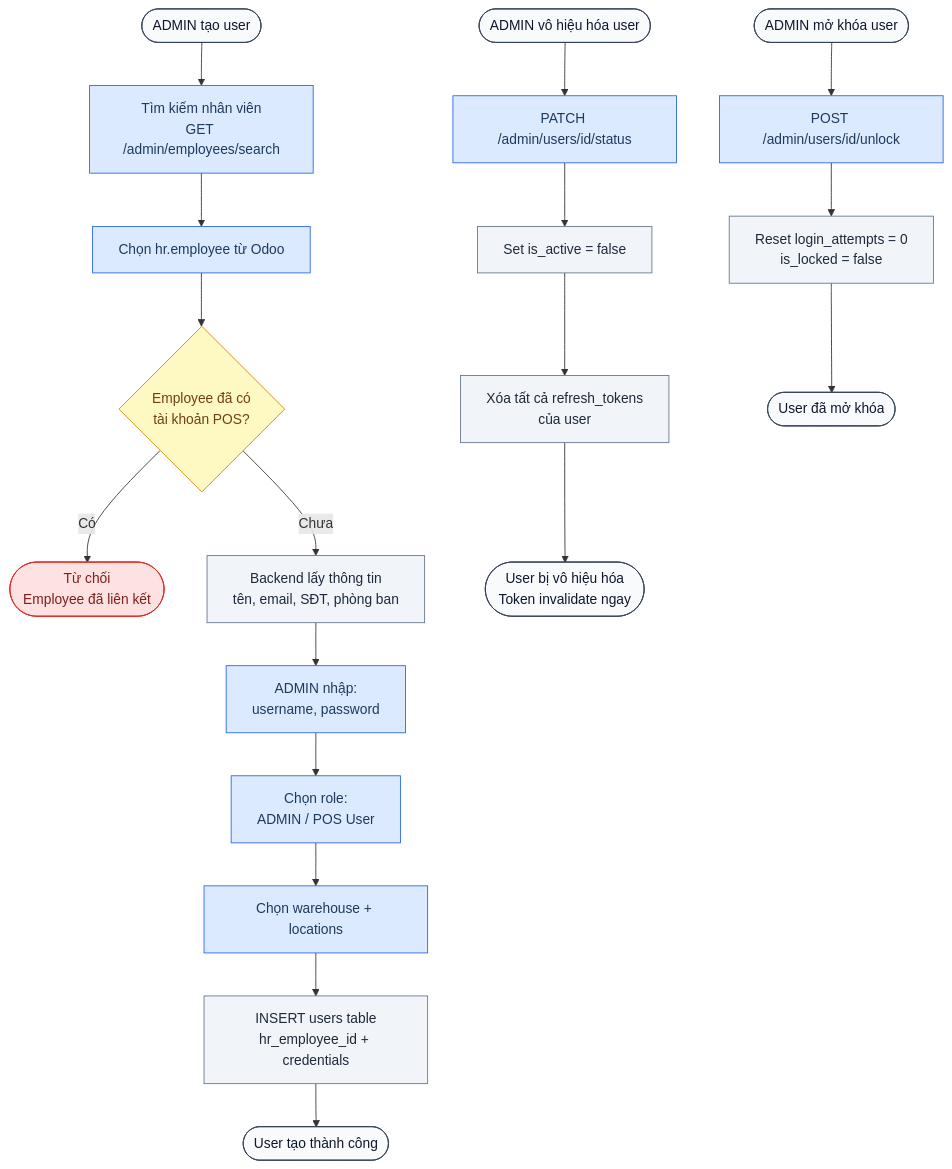
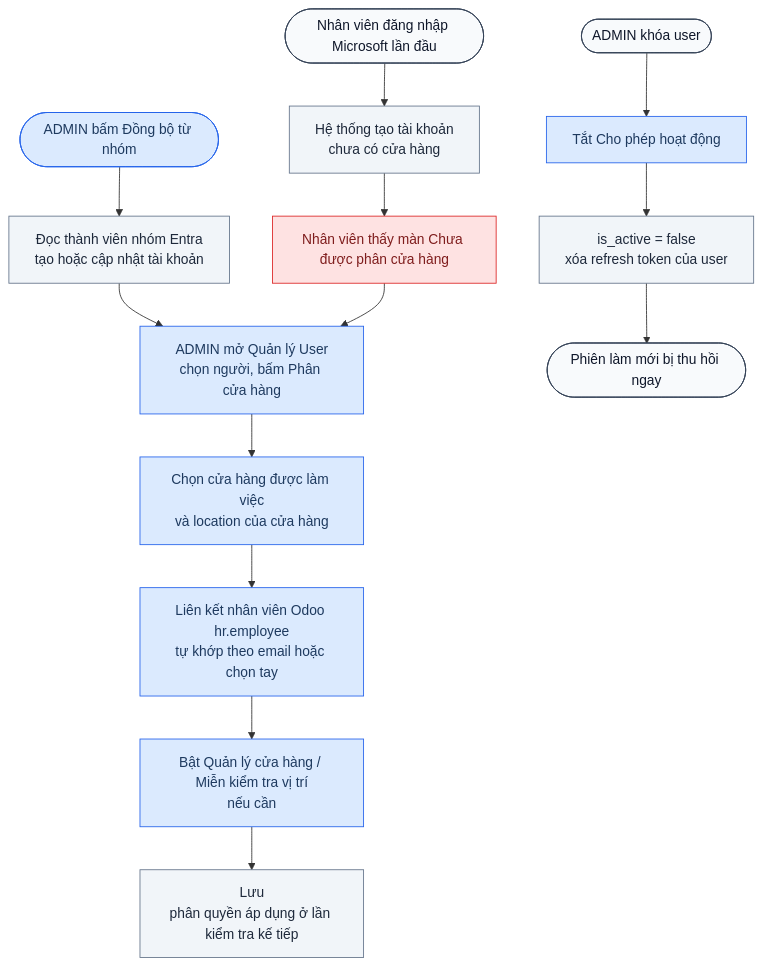
Before and after one commit to ngohuuduc/VJ_mobile_POS: diagram 12 of 20 in process_flow.md, drawn with Mermaid. The commit also changed other lines of this file and 1 other file, not shown here.

First line of the commit message:
docs: process_flow.md + scope.md khớp code hiện tại (đăng nhập Microsoft, VietQR/COD, Chờ giao & Nháp, khách ký, đổi hàng, Tiền đã chuyển)

````diff
--- a/process_flow.md
+++ b/process_flow.md
@@ -649,29 +730,22 @@
 ```mermaid
 flowchart TD
     classDef user fill:#DBEAFE,stroke:#2563EB,color:#1e3a5f
     classDef system fill:#F1F5F9,stroke:#64748B,color:#1e293b
-    classDef accountant fill:#CCFBF1,stroke:#0D9488,color:#134E4A
     classDef decision fill:#FEF9C3,stroke:#CA8A04,color:#713f12
     classDef terminal fill:#F8FAFC,stroke:#334155,color:#0f172a
     classDef warning fill:#FEE2E2,stroke:#DC2626,color:#7f1d1d
 
-    A([ADMIN tạo user]):::terminal --> B[Tìm kiếm nhân viên\nGET /admin/employees/search]:::user
-    B --> C[Chọn hr.employee từ Odoo]:::user
-    C --> D{Employee đã có\ntài khoản POS?}:::decision
-    D -- Có --> E([Từ chối\nEmployee đã liên kết]):::warning
-    D -- Chưa --> F[Backend lấy thông tin\ntên, email, SĐT, phòng ban]:::system
-    F --> G[ADMIN nhập:\nusername, password]:::user
-    G --> H[Chọn role:\nADMIN / POS User]:::user
-    H --> I[Chọn warehouse + locations]:::user
-    I --> J[INSERT users table\nhr_employee_id + credentials]:::system
-    J --> K([User tạo thành công]):::terminal
+    A([Nhân viên đăng nhập Microsoft lần đầu]):::terminal --> B[Hệ thống tạo tài khoản\nchưa có cửa hàng]:::system
+    B --> C[Nhân viên thấy màn Chưa được phân cửa hàng]:::warning
+    S([ADMIN bấm Đồng bộ từ nhóm]):::user --> S1[Đọc thành viên nhóm Entra\ntạo hoặc cập nhật tài khoản]:::system
+    S1 --> D
+    C --> D[ADMIN mở Quản lý User\nchọn người, bấm Phân cửa hàng]:::user
+    D --> E[Chọn cửa hàng được làm việc\nvà location của cửa hàng]:::user
+    E --> F[Liên kết nhân viên Odoo hr.employee\ntự khớp theo email hoặc chọn tay]:::user
+    F --> G[Bật Quản lý cửa hàng / Miễn kiểm tra vị trí\nnếu cần]:::user
+    G --> H[Lưu\nphân quyền áp dụng ở lần kiểm tra kế tiếp]:::system
 
-    L([ADMIN vô hiệu hóa user]):::terminal --> M[PATCH /admin/users/id/status]:::user
-    M --> N[Set is_active = false]:::system
-    N --> O[Xóa tất cả refresh_tokens\ncủa user]:::system
-    O --> P([User bị vô hiệu hóa\nToken invalidate ngay]):::terminal
-
-    Q([ADMIN mở khóa user]):::terminal --> R[POST /admin/users/id/unlock]:::user
-    R --> S[Reset login_attempts = 0\nis_locked = false]:::system
-    S --> T([User đã mở khóa]):::terminal
+    L([ADMIN khóa user]):::terminal --> M[Tắt Cho phép hoạt động]:::user
+    M --> N[is_active = false\nxóa refresh token của user]:::system
+    N --> O([Phiên làm mới bị thu hồi ngay]):::terminal
 ```
````
